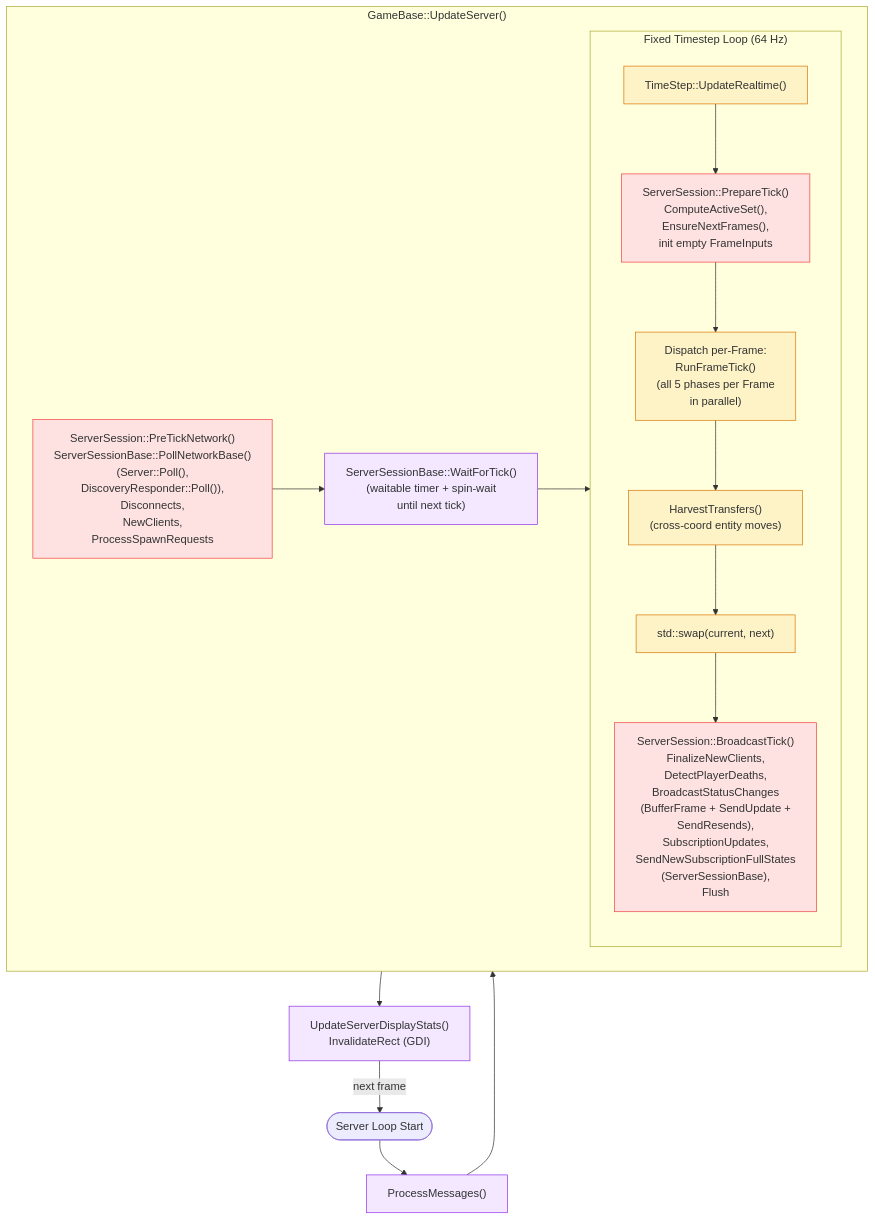
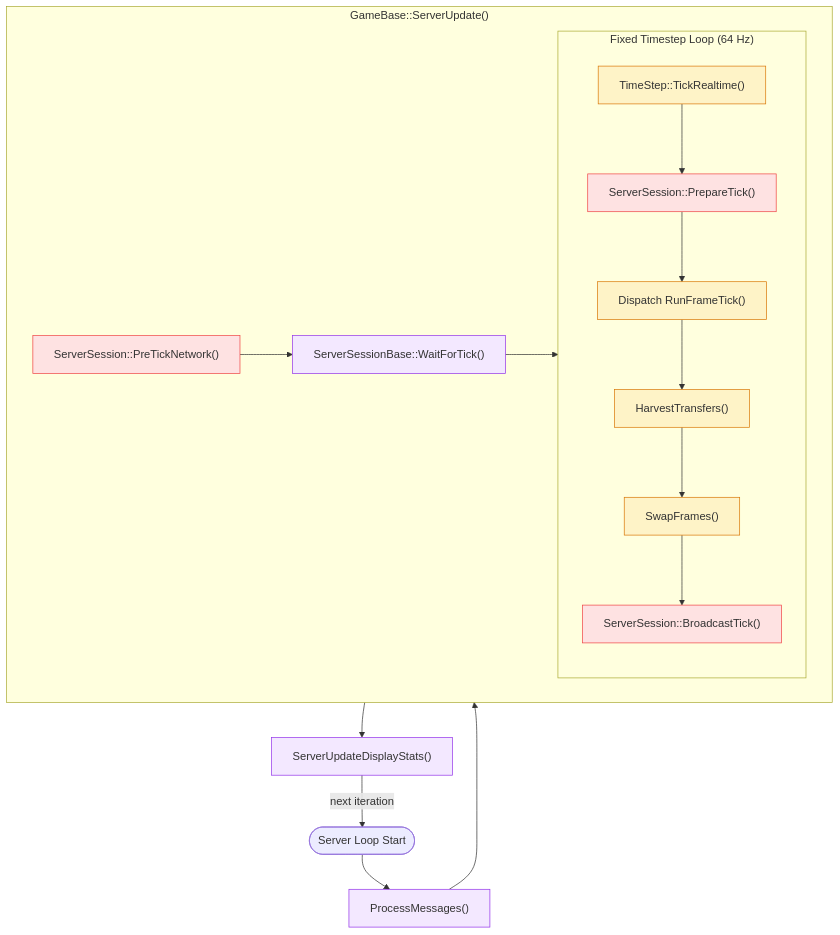
One commit to DougTanner/BrokenEnginePublic changed the third of 5 diagrams in Documents/Architecture/FrameUpdatePipeline.md. Above: the diagram before and after it, drawn with Mermaid. The commit also changed other lines of this file and 66 other files, not shown here.

````diff
--- a/Documents/Architecture/FrameUpdatePipeline.md
+++ b/Documents/Architecture/FrameUpdatePipeline.md
@@ -119,35 +111,35 @@
 ```mermaid
 %%{init: {'theme': 'default'}}%%
 flowchart TD
     classDef physics fill:#fef3c7,stroke:#d97706
     classDef network fill:#fee2e2,stroke:#ef4444
     classDef server fill:#f3e8ff,stroke:#9333ea
 
     start(["Server Loop Start"])
 
     msgs["ProcessMessages()"]:::server
 
-    subgraph tick_frames ["GameBase::UpdateServer()"]
-        pre_tick["ServerSession::PreTickNetwork()<br/>ServerSessionBase::PollNetworkBase()<br/>(Server::Poll(),<br/>DiscoveryResponder::Poll()),<br/>Disconnects,<br/>NewClients,<br/>ProcessSpawnRequests"]:::network
+    subgraph tick_frames ["GameBase::ServerUpdate()"]
+        pre_tick["ServerSession::PreTickNetwork()"]:::network
 
-        wait_tick["ServerSessionBase::WaitForTick()<br/>(waitable timer + spin-wait<br/>until next tick)"]:::server
+        wait_tick["ServerSessionBase::WaitForTick()"]:::server
 
         subgraph physics_loop ["Fixed Timestep Loop (64 Hz)"]
-            ts["TimeStep::UpdateRealtime()"]:::physics
-            prepare_tick["ServerSession::PrepareTick()<br/>ComputeActiveSet(),<br/>EnsureNextFrames(),<br/>init empty FrameInputs"]:::network
-            dispatch_s["Dispatch per-Frame:<br/>RunFrameTick()<br/>(all 5 phases per Frame<br/>in parallel)"]:::physics
-            frame_swap["std::swap(current, next)"]:::physics
-            broadcast_tick["ServerSession::BroadcastTick()<br/>FinalizeNewClients,<br/>DetectPlayerDeaths,<br/>BroadcastStatusChanges<br/>(BufferFrame + SendUpdate +<br/>SendResends),<br/>SubscriptionUpdates,<br/>SendNewSubscriptionFullStates<br/>(ServerSessionBase),<br/>Flush"]:::network
-            harvest["HarvestTransfers()<br/>(cross-coord entity moves)"]:::physics
+            ts["TimeStep::TickRealtime()"]:::physics
+            prepare_tick["ServerSession::PrepareTick()"]:::network
+            dispatch_s["Dispatch RunFrameTick()"]:::physics
+            harvest["HarvestTransfers()"]:::physics
+            frame_swap["SwapFrames()"]:::physics
+            broadcast_tick["ServerSession::BroadcastTick()"]:::network
             ts --> prepare_tick --> dispatch_s --> harvest --> frame_swap
             frame_swap --> broadcast_tick
         end
 
         pre_tick --> wait_tick --> physics_loop
     end
 
-    display["UpdateServerDisplayStats()<br/>InvalidateRect (GDI)"]:::server
+    display["ServerUpdateDisplayStats()"]:::server
 
     start --> msgs --> tick_frames --> display
-    display -->|next frame| start
+    display -->|next iteration| start
 ```
````
